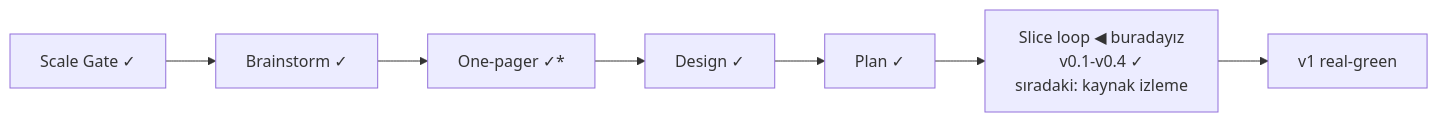
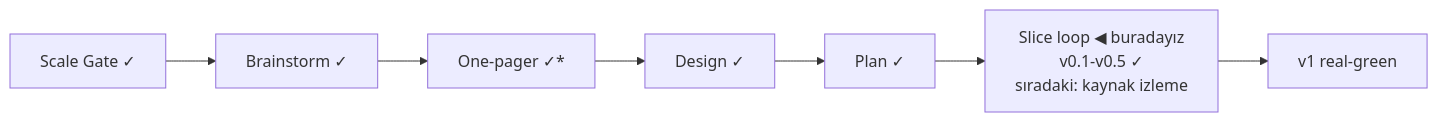
Before and after one commit to OytunOnal/permit-rulebook: the diagram in STATUS.md, drawn with Mermaid. The commit also changed other lines of this file and 3 other files, not shown here.

````diff
--- a/STATUS.md
+++ b/STATUS.md
@@ -7,6 +7,6 @@
 ```mermaid
 flowchart LR
     A[Scale Gate ✓] --> B[Brainstorm ✓] --> C[One-pager ✓*] --> D[Design ✓] --> E[Plan ✓]
-    E --> F["Slice loop ◀ buradayız<br/>v0.1-v0.4 ✓<br/>sıradaki: kaynak izleme"]
+    E --> F["Slice loop ◀ buradayız<br/>v0.1-v0.5 ✓<br/>sıradaki: kaynak izleme"]
     F --> G[v1 real-green]
 ```
````
